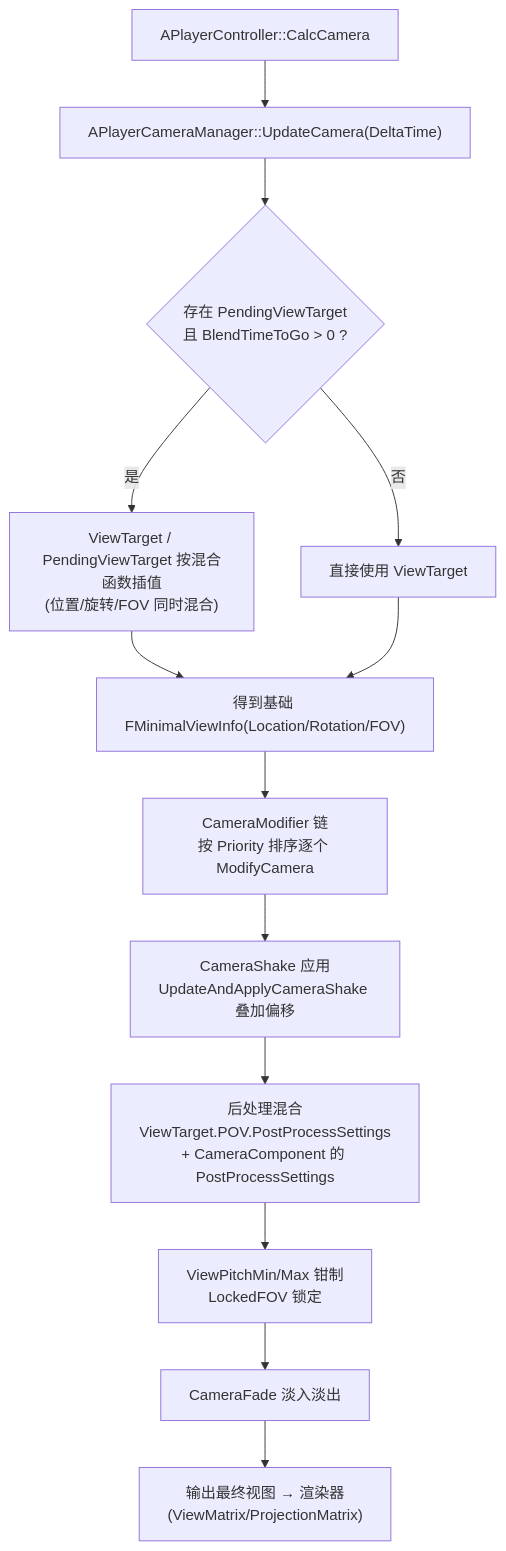
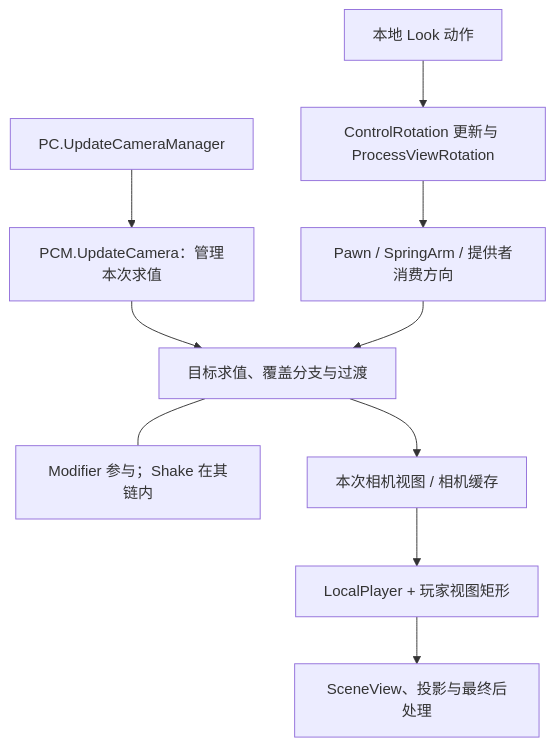
Before and after one commit to fantuan812/learning: the third of 9 diagrams in 知识/05-Gameplay与交互系统/输入移动与交互/07-相机系统与视口.md, drawn with Mermaid. The commit also changed other lines of this file and 1 other file, not shown here.

````diff
--- a/知识/05-Gameplay与交互系统/输入移动与交互/07-相机系统与视口.md
+++ b/知识/05-Gameplay与交互系统/输入移动与交互/07-相机系统与视口.md
@@ -127,15 +121,12 @@
 ```mermaid
 flowchart TD
-    PC["APlayerController::CalcCamera"] --> PCM["APlayerCameraManager::UpdateCamera(DeltaTime)"]
-    PCM --> VIEW{"存在 PendingViewTarget<br/>且 BlendTimeToGo > 0 ?"}
-    VIEW -- 是 --> BLEND["ViewTarget / PendingViewTarget 按混合函数插值<br/>(位置/旋转/FOV 同时混合)"]
-    VIEW -- 否 --> DIR["直接使用 ViewTarget"]
-    BLEND --> POV["得到基础 FMinimalViewInfo(Location/Rotation/FOV)"]
-    DIR --> POV
-    POV --> MOD["CameraModifier 链<br/>按 Priority 排序逐个 ModifyCamera"]
-    MOD --> SHAKE["CameraShake 应用<br/>UpdateAndApplyCameraShake 叠加偏移"]
-    SHAKE --> PP["后处理混合<br/>ViewTarget.POV.PostProcessSettings<br/>+ CameraComponent 的 PostProcessSettings"]
-    PP --> CLAMP["ViewPitchMin/Max 钳制<br/>LockedFOV 锁定"]
-    CLAMP --> FADE["CameraFade 淡入淡出"]
-    FADE --> OUT["输出最终视图 → 渲染器(ViewMatrix/ProjectionMatrix)"]
+    INPUT["本地 Look 动作"] --> ROT["ControlRotation 更新与 ProcessViewRotation"]
+    ROT --> ARM["Pawn / SpringArm / 提供者消费方向"]
+    UP["PC.UpdateCameraManager"] --> PCM["PCM.UpdateCamera：管理本次求值"]
+    PCM --> TARGET["目标求值、覆盖分支与过渡"]
+    ARM --> TARGET
+    TARGET --- MOD["Modifier 参与；Shake 在其链内"]
+    TARGET --> CACHE["本次相机视图 / 相机缓存"]
+    CACHE --> LOCAL["LocalPlayer + 玩家视图矩形"]
+    LOCAL --> SCENE["SceneView、投影与最终后处理"]
 ```
````
